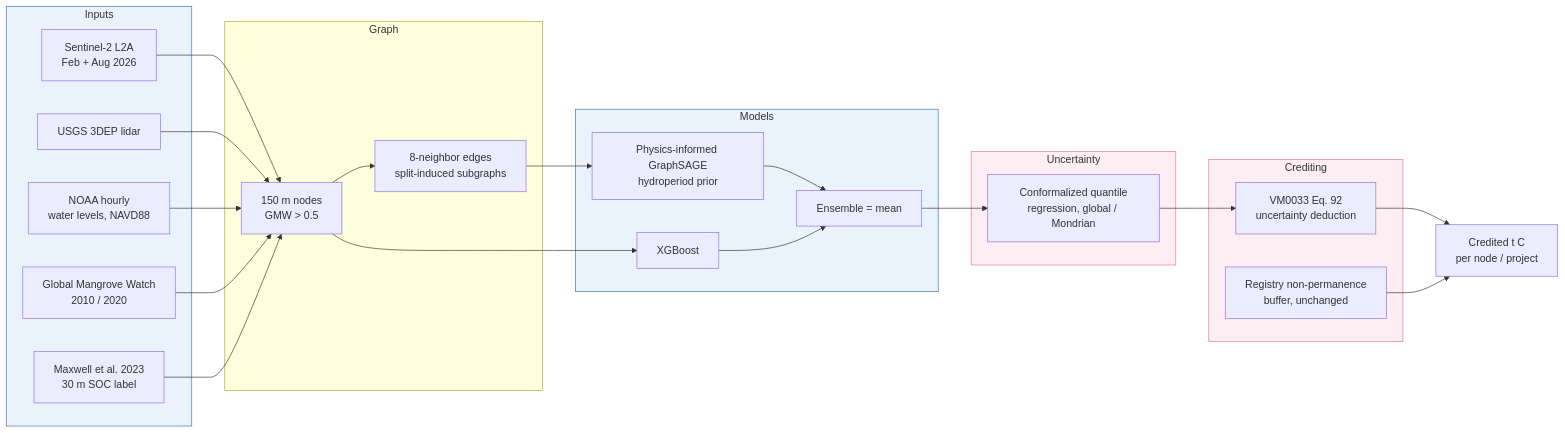
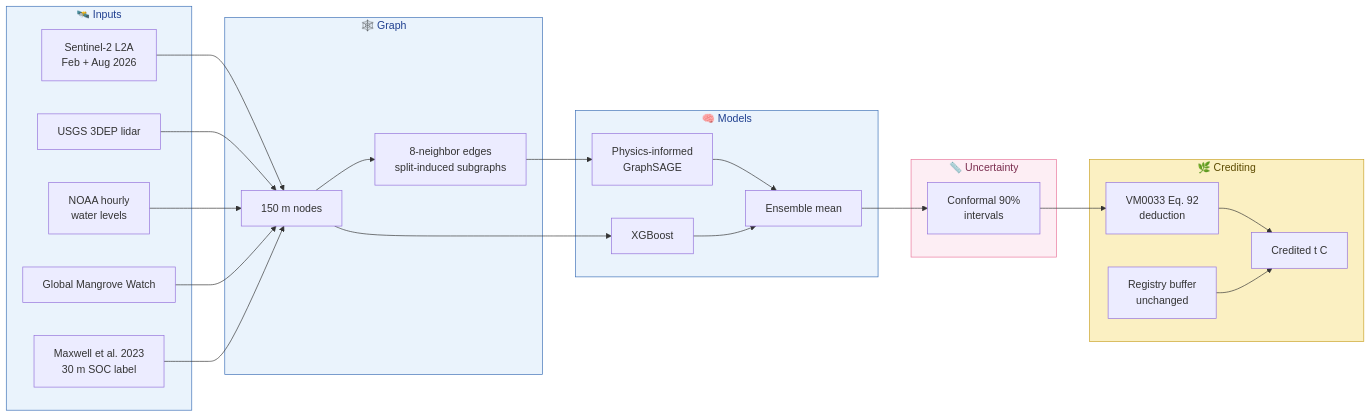
The first of 2 diagrams in README.md (Nahla-Nabil/PIGNN-UQ), drawn with Mermaid before and after one commit. The commit also changed other lines of this file and 1 other file, not shown here.

Commit message:
README: badges, tech stack, colored diagrams, collapsible sections; ignore local archive and zip bundles

````diff
--- a/README.md
+++ b/README.md
@@ -49,39 +85,41 @@
 ```mermaid
 flowchart LR
-    subgraph Inputs
+    subgraph IN["🛰️ Inputs"]
         S2[Sentinel-2 L2A<br/>Feb + Aug 2026]
         DEM[USGS 3DEP lidar]
-        TIDE[NOAA hourly<br/>water levels, NAVD88]
+        TIDE[NOAA hourly<br/>water levels]
         SOC[Maxwell et al. 2023<br/>30 m SOC label]
-        GMW[Global Mangrove Watch<br/>2010 / 2020]
+        GMW[Global Mangrove Watch]
     end
-    subgraph Graph
-        N[150 m nodes<br/>GMW > 0.5]
+    subgraph GR["🕸️ Graph"]
+        N[150 m nodes]
         E[8-neighbor edges<br/>split-induced subgraphs]
     end
-    subgraph Models
-        GNN[Physics-informed GraphSAGE<br/>hydroperiod prior]
+    subgraph MO["🧠 Models"]
+        GNN[Physics-informed<br/>GraphSAGE]
         XGB[XGBoost]
-        ENS[Ensemble = mean]
+        ENS[Ensemble mean]
     end
-    subgraph Uncertainty
-        CQR[Conformalized quantile<br/>regression, global / Mondrian]
+    subgraph UQ["📏 Uncertainty"]
+        CQR[Conformal 90%<br/>intervals]
     end
-    subgraph Crediting
-        VM[VM0033 Eq. 92<br/>uncertainty deduction]
-        BUF[Registry non-permanence<br/>buffer, unchanged]
+    subgraph CR["🌿 Crediting"]
+        VM[VM0033 Eq. 92<br/>deduction]
+        BUF[Registry buffer<br/>unchanged]
+        OUT[Credited t C]
     end
     S2 --> N
     DEM --> N
     TIDE --> N
     GMW --> N
     SOC --> N
     N --> E --> GNN --> ENS
     N --> XGB --> ENS
-    ENS --> CQR --> VM --> CR[Credited t C<br/>per node / project]
-    BUF --> CR
-    style Inputs fill:#EAF3FC,stroke:#3B6FB6
-    style Models fill:#EAF3FC,stroke:#3B6FB6
-    style Uncertainty fill:#FDEEF4,stroke:#E8749A
-    style Crediting fill:#FDEEF4,stroke:#E8749A
+    ENS --> CQR --> VM --> OUT
+    BUF --> OUT
+    style IN fill:#EAF3FC,stroke:#3B6FB6,color:#1F3F8F
+    style GR fill:#EAF3FC,stroke:#3B6FB6,color:#1F3F8F
+    style MO fill:#EAF3FC,stroke:#3B6FB6,color:#1F3F8F
+    style UQ fill:#FDEEF4,stroke:#E8749A,color:#7A2E4F
+    style CR fill:#FBF0C2,stroke:#C9A227,color:#5C4A00
 ```
````
